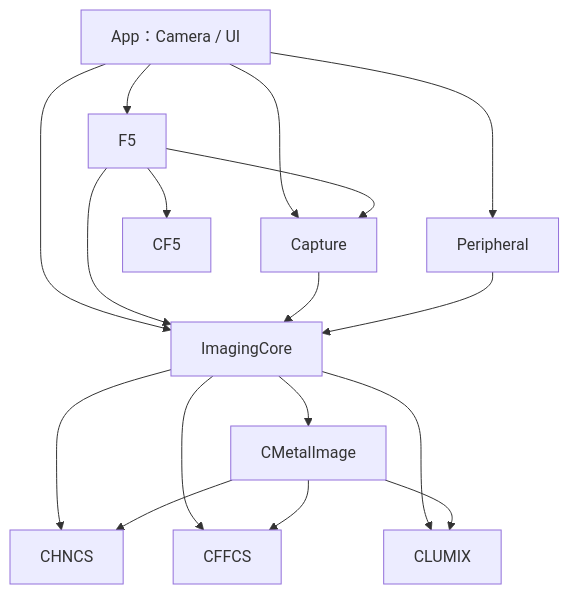
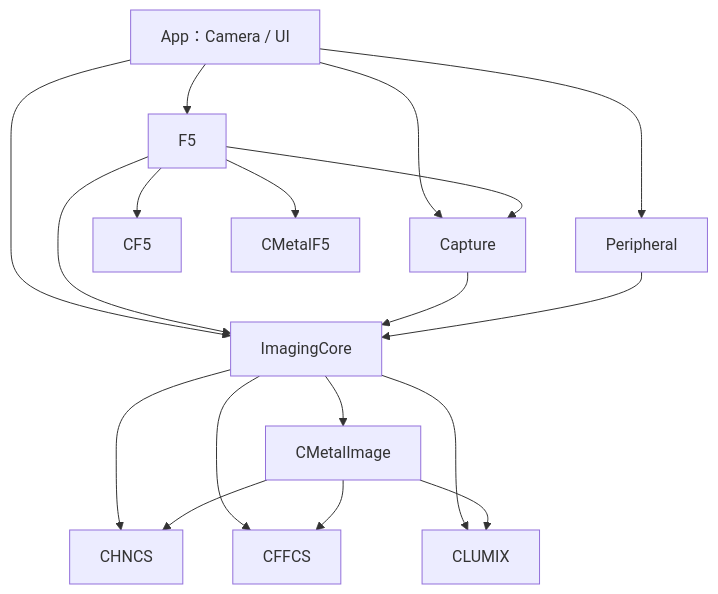
Before and after one commit to VonEquinox/GlassCam: the diagram in docs/architecture.md, drawn with Mermaid. The commit also changed other lines of this file and 77 other files, not shown here.

````diff
--- a/docs/architecture.md
+++ b/docs/architecture.md
@@ -11,19 +11,20 @@
 ```mermaid
 flowchart TD
     App[App：Camera / UI] --> Capture
     App --> F5
     App --> Peripheral
     App --> ImagingCore
     F5 --> Capture
     F5 --> ImagingCore
     F5 --> CF5
+    F5 --> CMetalF5
     Capture --> ImagingCore
     Peripheral --> ImagingCore
     ImagingCore --> CHNCS
     ImagingCore --> CFFCS
     ImagingCore --> CLUMIX
     ImagingCore --> CMetalImage
     CMetalImage --> CHNCS
     CMetalImage --> CFFCS
     CMetalImage --> CLUMIX
 ```
````
